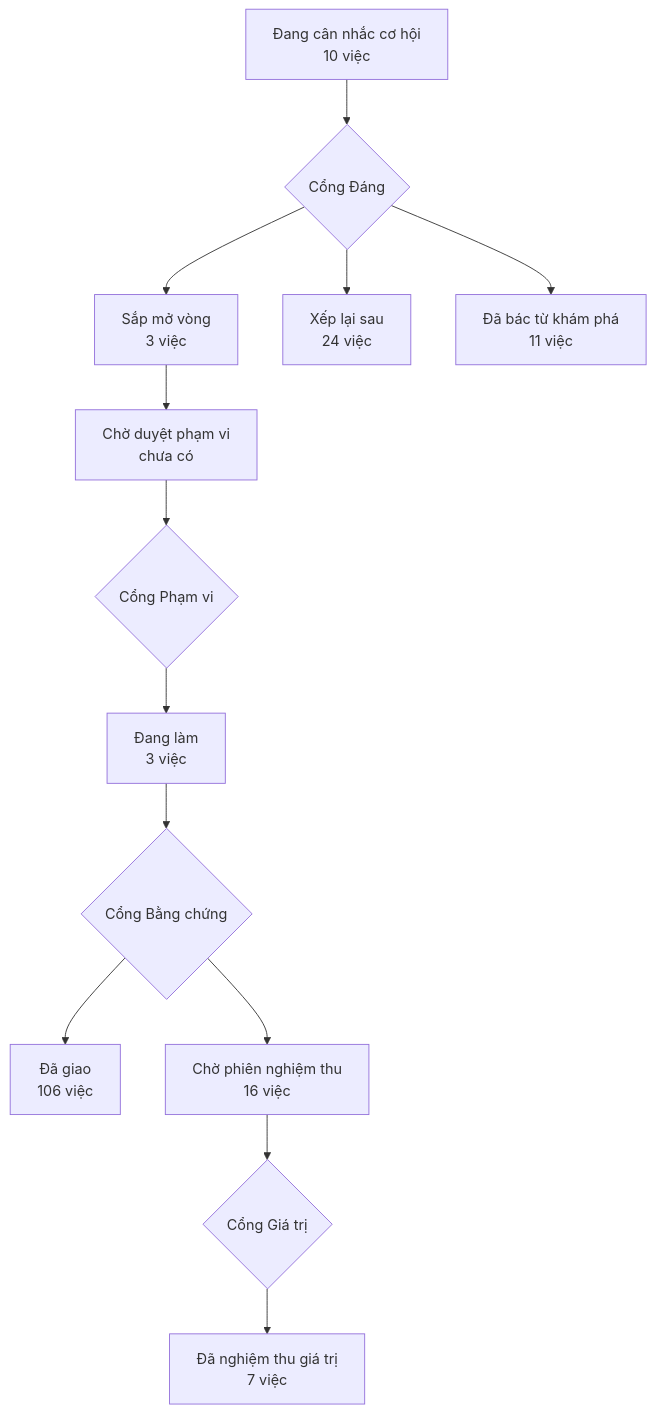
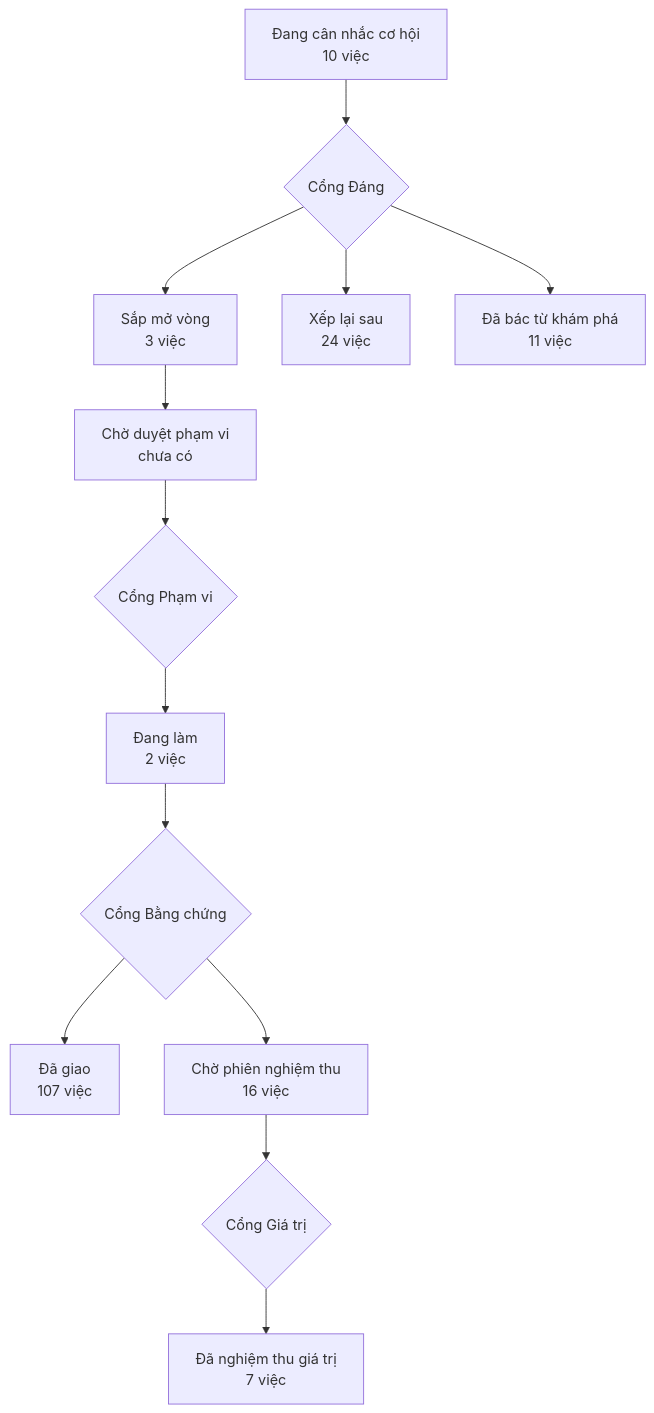
One commit to phanlemanh/acceptance-gate-kit changed the diagram in PRODUCT-MAP.md. Above: the diagram before and after it, drawn with Mermaid. The commit also changed 4 other files, not shown here.

````diff
--- a/PRODUCT-MAP.md
+++ b/PRODUCT-MAP.md
@@ -7,12 +7,12 @@
 ```mermaid
 flowchart TD
   A["Đang cân nhắc cơ hội<br/>10 việc"] --> GD{"Cổng Đáng"}
   GD --> B["Sắp mở vòng<br/>3 việc"]
   GD --> XL["Xếp lại sau<br/>24 việc"]
   GD --> DB["Đã bác từ khám phá<br/>11 việc"]
   B --> CD["Chờ duyệt phạm vi<br/>chưa có"] --> GP{"Cổng Phạm vi"}
-  GP --> DL["Đang làm<br/>3 việc"] --> GB{"Cổng Bằng chứng"}
-  GB --> DG["Đã giao<br/>106 việc"]
+  GP --> DL["Đang làm<br/>2 việc"] --> GB{"Cổng Bằng chứng"}
+  GB --> DG["Đã giao<br/>107 việc"]
   GB --> CN["Chờ phiên nghiệm thu<br/>16 việc"] --> GG{"Cổng Giá trị"}
   GG --> NT["Đã nghiệm thu giá trị<br/>7 việc"]
 ```
````
